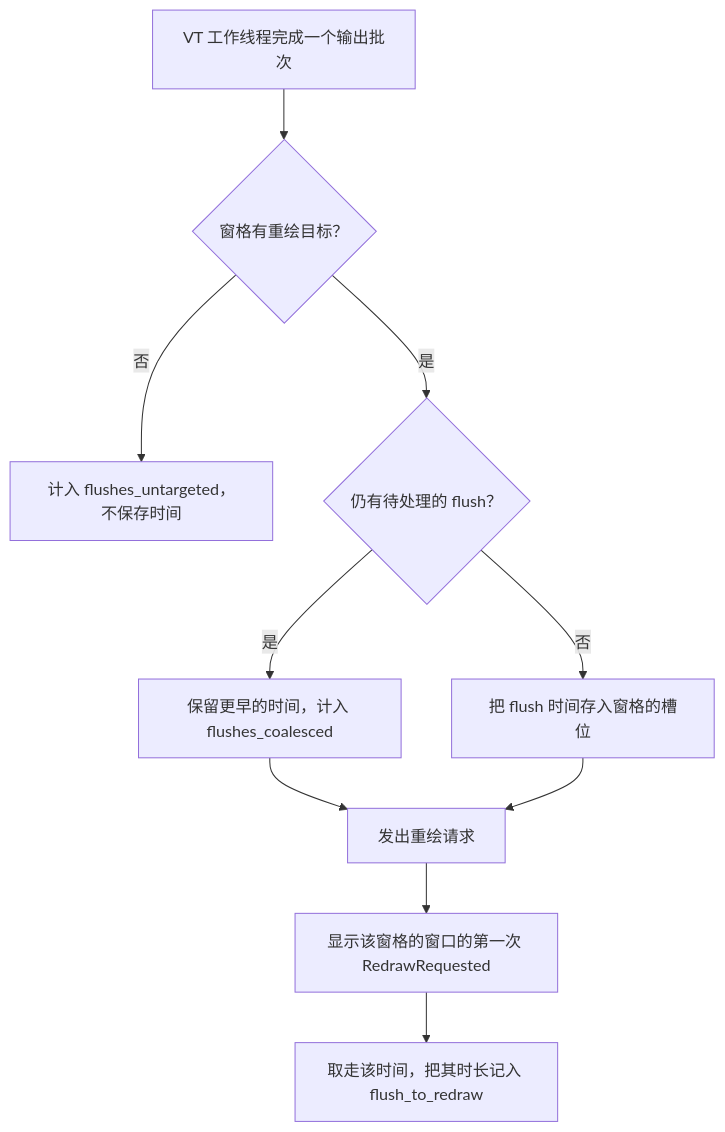
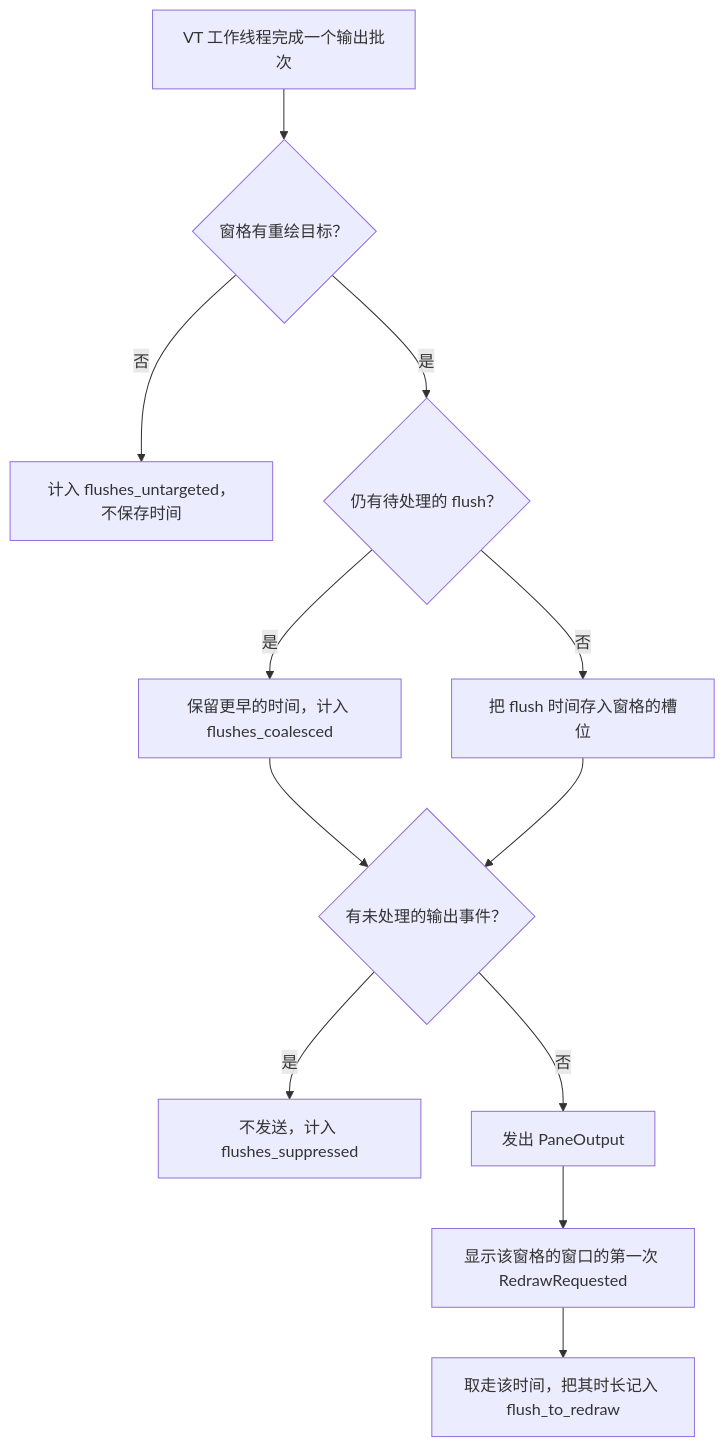
One commit to D0n9X1n/SonicTerm changed the diagram in wiki/Logging-zh-CN.md. Above: the diagram before and after it, drawn with Mermaid. The commit also changed other lines of this file and 33 other files, not shown here.

First line of the commit message:
perf: stop background-tab output from driving frame passes and keep one output event per pane (#1580)

````diff
--- a/wiki/Logging-zh-CN.md
+++ b/wiki/Logging-zh-CN.md
@@ -423,12 +426,14 @@
 ```mermaid
 flowchart TD
     batch["VT 工作线程完成一个输出批次"] --> target{"窗格有重绘目标？"}
     target -- 否 --> untargeted["计入 flushes_untargeted，不保存时间"]
     target -- 是 --> pending{"仍有待处理的 flush？"}
     pending -- 是 --> coalesced["保留更早的时间，计入 flushes_coalesced"]
     pending -- 否 --> store["把 flush 时间存入窗格的槽位"]
-    coalesced --> send["发出重绘请求"]
-    store --> send
+    coalesced --> token{"有未处理的输出事件？"}
+    store --> token
+    token -- 是 --> suppressed["不发送，计入 flushes_suppressed"]
+    token -- 否 --> send["发出 PaneOutput"]
     send --> redraw["显示该窗格的窗口的第一次 RedrawRequested"]
     redraw --> take["取走该时间，把其时长记入 flush_to_redraw"]
 ```
````
